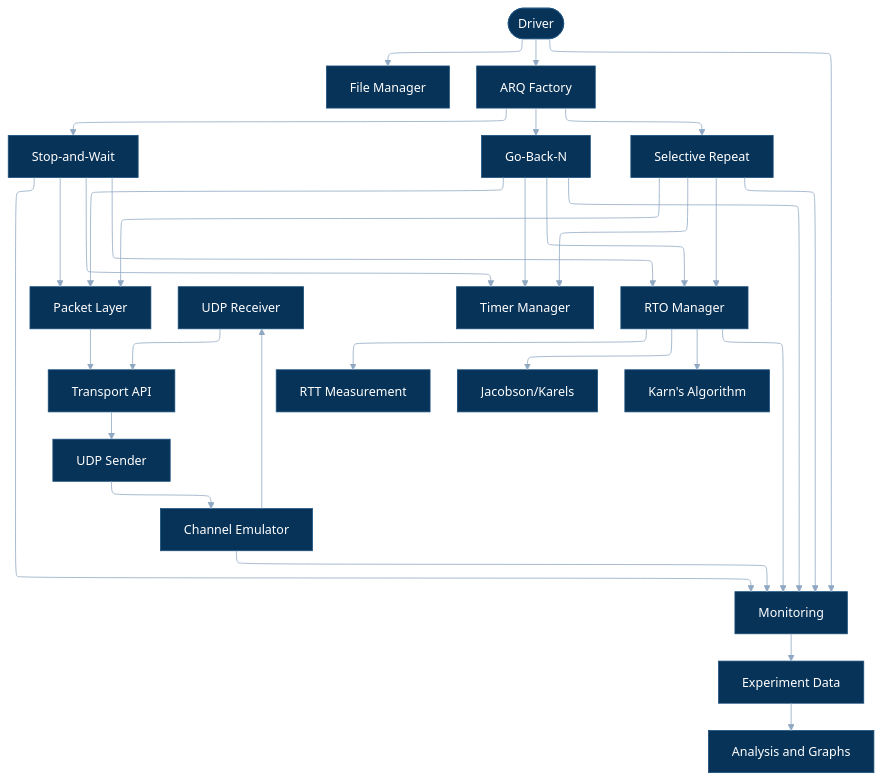
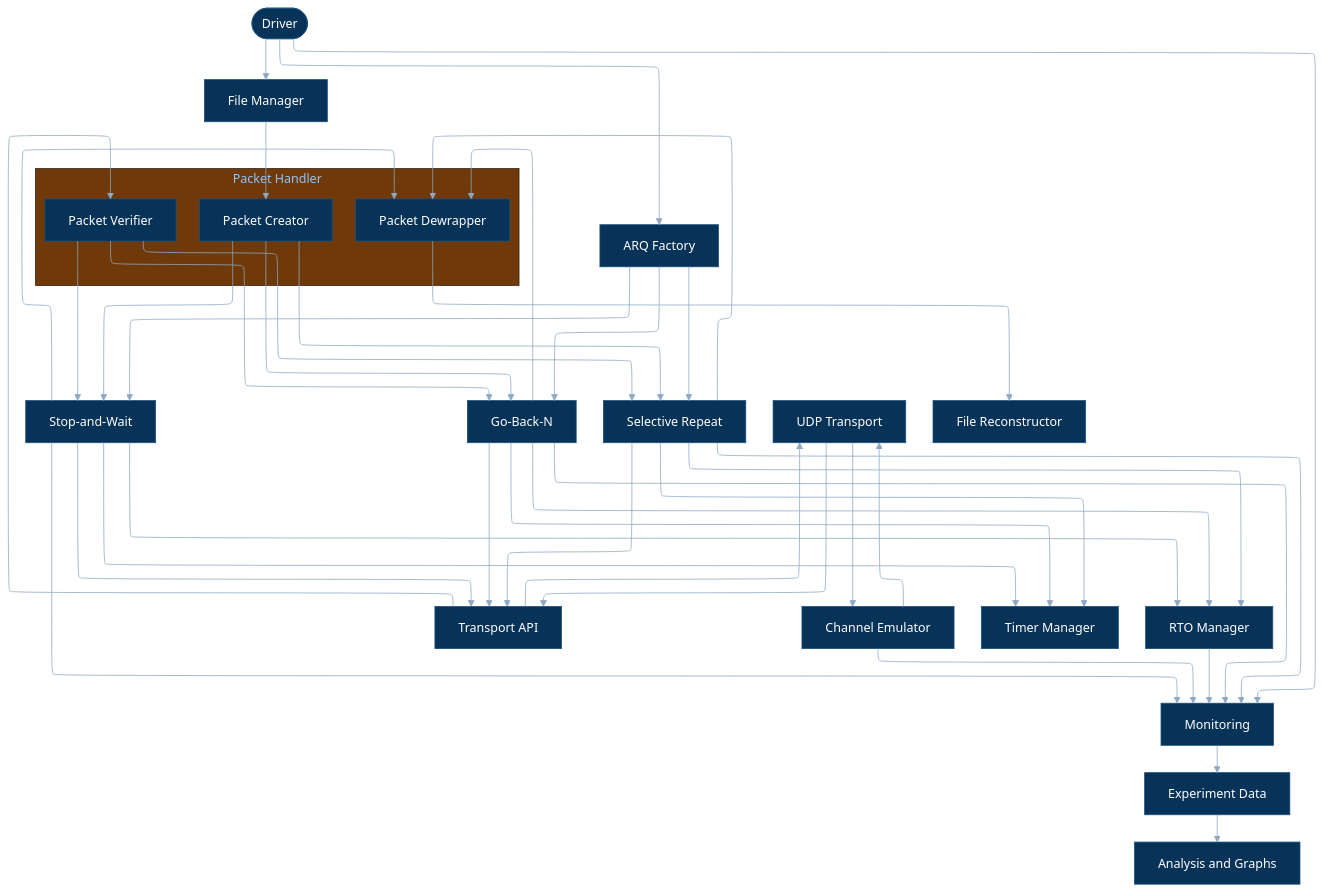
One commit to Siddharth-Nath-06/Reliable-UDP changed the first of 8 diagrams in docs/architecture.md. Above: the diagram before and after it, drawn with Mermaid. The commit also changed other lines of this file, not shown here.

Commit message:
correct and specify packet handler modules and responsibilty

````diff
--- a/docs/architecture.md
+++ b/docs/architecture.md
@@ -32,68 +21,77 @@
 
     A([Driver])
     B[File Manager]
-    C[ARQ Factory]
 
-    D[Stop-and-Wait]
-    E[Go-Back-N]
-    F[Selective Repeat]
+    subgraph PH[Packet Handler]
+        C1[Packet Creator]
+        C2[Packet Verifier]
+        C3[Packet Dewrapper]
+    end
 
-    G[Packet Layer]
-    R[Transport API]
+    D[ARQ Factory]
+    E[Stop-and-Wait]
+    F[Go-Back-N]
+    G[Selective Repeat]
 
-    U1[UDP Sender]
-    U2[UDP Receiver]
+    H[Transport API]
+    I[UDP Transport]
+    J[Channel Emulator]
 
-    H[Channel Emulator]
+    K[Timer Manager]
+    L[RTO Manager]
+    M[Monitoring]
+    N[Experiment Data]
+    O[Analysis and Graphs]
 
-    J[Timer Manager]
-    K[RTO Manager]
-
-    L[RTT Measurement]
-    M[Jacobson/Karels]
-    N[Karn's Algorithm]
-
-    O[Monitoring]
-    P[Experiment Data]
-    Q[Analysis and Graphs]
+    P[File Reconstructor]
 
     A --> B
-    A --> C
+    A --> D
 
-    C --> D
-    C --> E
-    C --> F
+    D --> E
+    D --> F
+    D --> G
 
-    D --> G
-    E --> G
-    F --> G
+    B --> C1
+    C1 --> E
+    C1 --> F
+    C1 --> G
 
-    G --> R
+    E --> H
+    F --> H
+    G --> H
 
-    R --> U1
-    U1 --> H
-    H --> U2
-    U2 --> R
+    H --> I
+    I --> J
+    J --> I
+    I --> H
 
-    D --> J
-    E --> J
-    F --> J
+    H --> C2
+    C2 --> E
+    C2 --> F
+    C2 --> G
 
-    D --> K
+    E --> C3
+    F --> C3
+    G --> C3
+
+    C3 --> P
+
     E --> K
     F --> K
+    G --> K
 
-    K --> L
-    K --> M
-    K --> N
+    E --> L
+    F --> L
+    G --> L
 
-    A --> O
-    D --> O
-    E --> O
-    F --> O
-    H --> O
-    K --> O
+    A --> M
+    E --> M
+    F --> M
+    G --> M
+    J --> M
+    L --> M
 
-    O --> P
-    P --> Q
+    M --> N
+    N --> O
 ```
````
